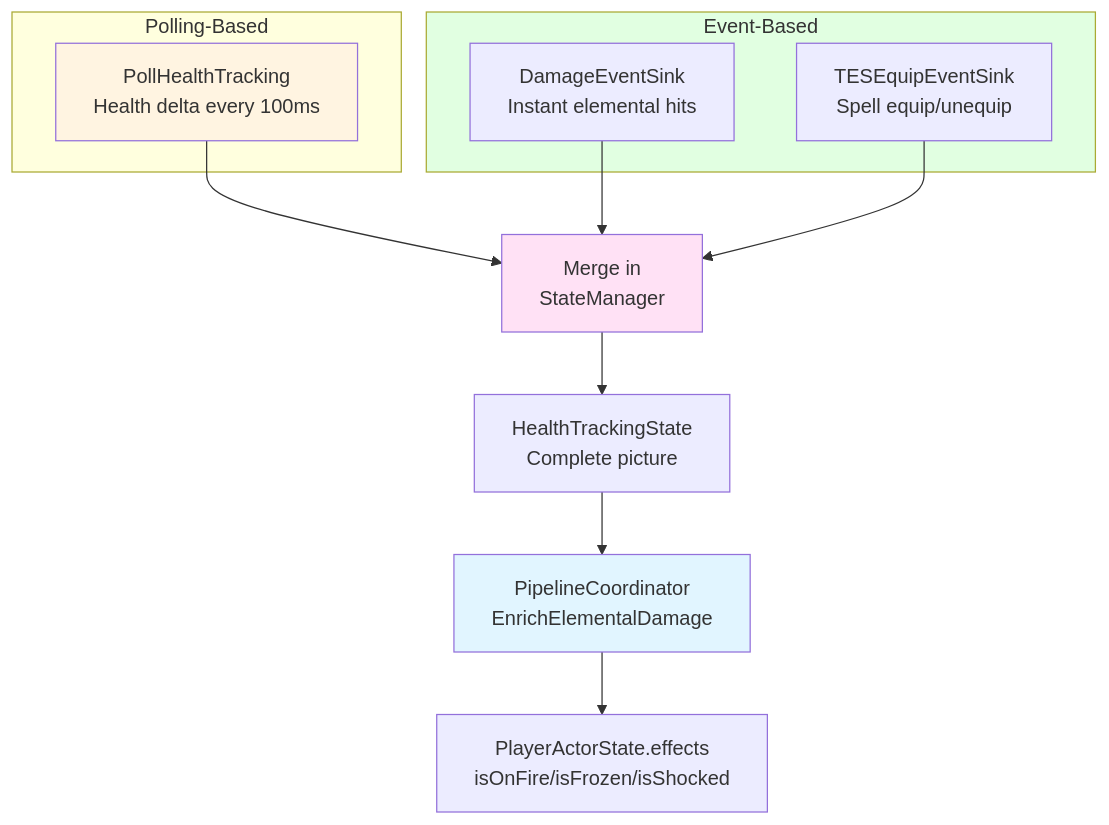
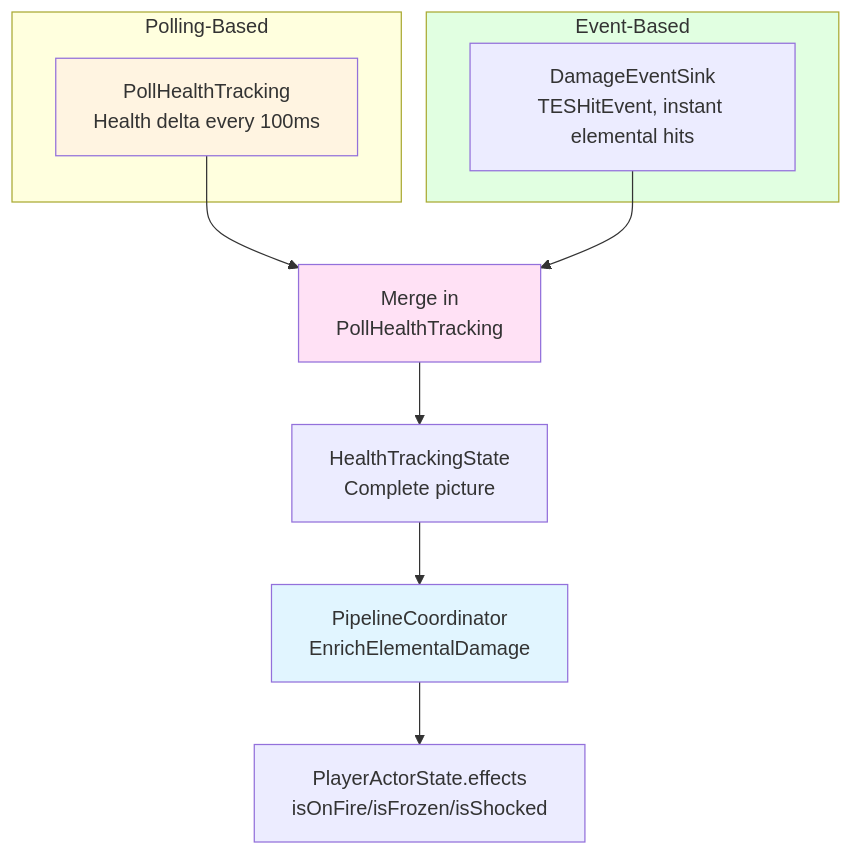
Before and after one commit to LandingCrew/huginn: diagram 13 of 13 in docs/architecture/1-states.md, drawn with Mermaid. The commit also changed other lines of this file and 27 other files, not shown here.

````diff
--- a/docs/architecture/1-states.md
+++ b/docs/architecture/1-states.md
@@ -939,25 +1214,23 @@
 ```mermaid
 graph TB
     subgraph Polling [Polling-Based]
         Poll[PollHealthTracking<br/>Health delta every 100ms]
     end
 
     subgraph Events [Event-Based]
-        DES[DamageEventSink<br/>Instant elemental hits]
-        TEE[TESEquipEventSink<br/>Spell equip/unequip]
+        DES[DamageEventSink<br/>TESHitEvent, instant elemental hits]
     end
 
-    Poll --> Merge[Merge in<br/>StateManager]
+    Poll --> Merge[Merge in<br/>PollHealthTracking]
     DES --> Merge
-    TEE --> Merge
 
     Merge --> HTS[HealthTrackingState<br/>Complete picture]
 
     HTS --> Enrich[PipelineCoordinator<br/>EnrichElementalDamage]
     Enrich --> PAS[PlayerActorState.effects<br/>isOnFire/isFrozen/isShocked]
 
     style Poll fill:#fff4e1
     style Events fill:#e1ffe1
     style Merge fill:#ffe1f5
     style Enrich fill:#e1f5ff
 ```
````
